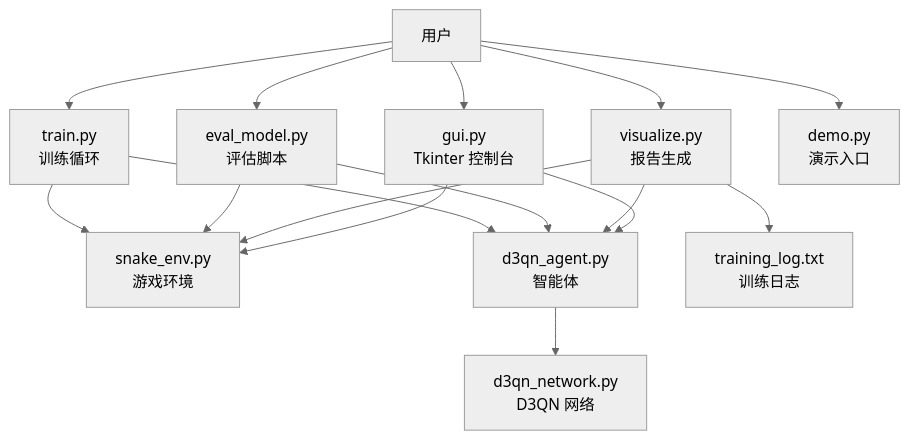
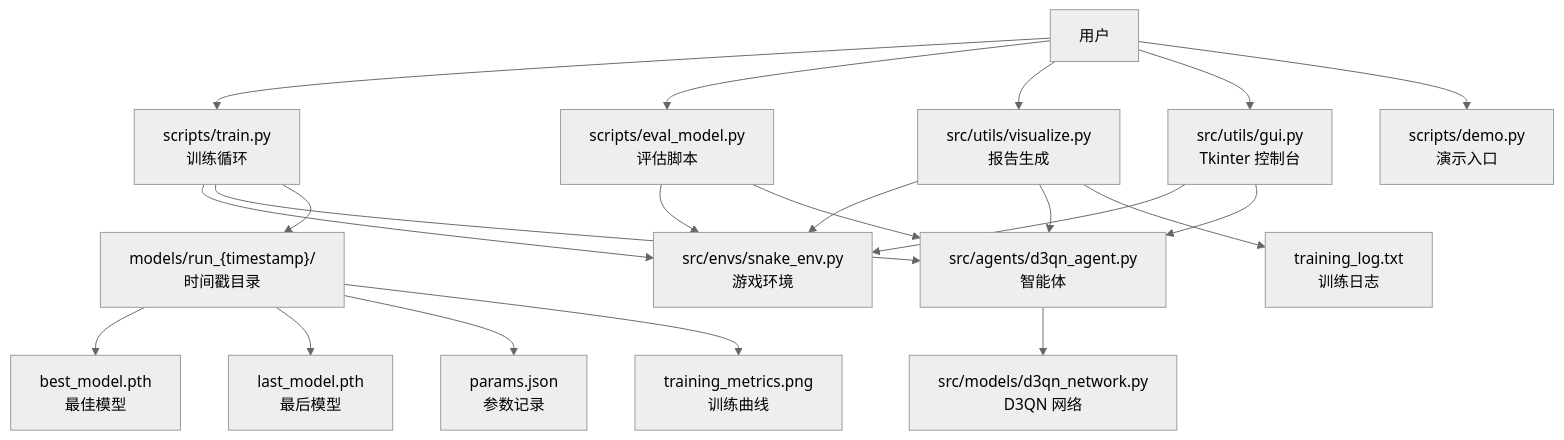
The first of 8 diagrams in .qoder/repowiki/zh/content/演示和测试/可视化报告系统.md (fuweiq94-cloud/3399180760000), drawn with Mermaid (neutral theme) before and after one commit. The commit also changed other lines of this file and 75 other files, not shown here.

````diff
--- a/.qoder/repowiki/zh/content/演示和测试/可视化报告系统.md
+++ b/.qoder/repowiki/zh/content/演示和测试/可视化报告系统.md
@@ -51,18 +58,23 @@
 ```mermaid
 graph TB
-A["用户"] --> B["train.py<br/>训练循环"]
-A --> C["eval_model.py<br/>评估脚本"]
-A --> D["visualize.py<br/>报告生成"]
-A --> E["gui.py<br/>Tkinter 控制台"]
-A --> F["demo.py<br/>演示入口"]
-B --> G["snake_env.py<br/>游戏环境"]
-B --> H["d3qn_agent.py<br/>智能体"]
-H --> I["d3qn_network.py<br/>D3QN 网络"]
+A["用户"] --> B["scripts/train.py<br/>训练循环"]
+A --> C["scripts/eval_model.py<br/>评估脚本"]
+A --> D["src/utils/visualize.py<br/>报告生成"]
+A --> E["src/utils/gui.py<br/>Tkinter 控制台"]
+A --> F["scripts/demo.py<br/>演示入口"]
+B --> G["src/envs/snake_env.py<br/>游戏环境"]
+B --> H["src/agents/d3qn_agent.py<br/>智能体"]
+H --> I["src/models/d3qn_network.py<br/>D3QN 网络"]
 C --> G
 C --> H
 D --> G
 D --> H
 D --> J["training_log.txt<br/>训练日志"]
 E --> G
 E --> H
+B --> K["models/run_{timestamp}/<br/>时间戳目录"]
+K --> L["best_model.pth<br/>最佳模型"]
+K --> M["last_model.pth<br/>最后模型"]
+K --> N["params.json<br/>参数记录"]
+K --> O["training_metrics.png<br/>训练曲线"]
 ```
````
